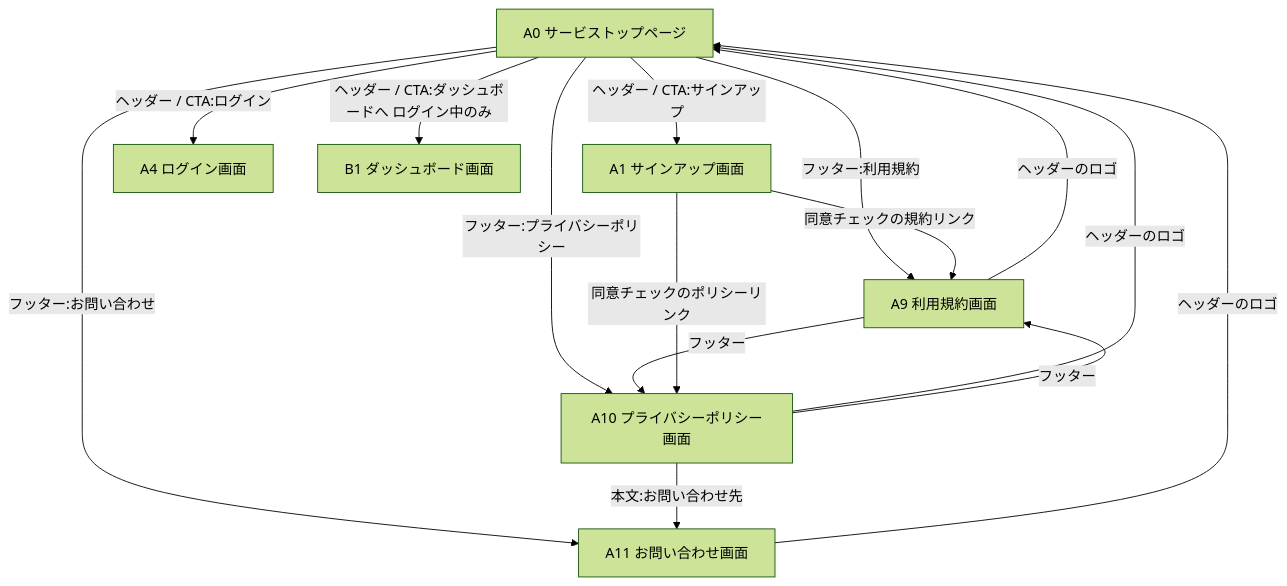
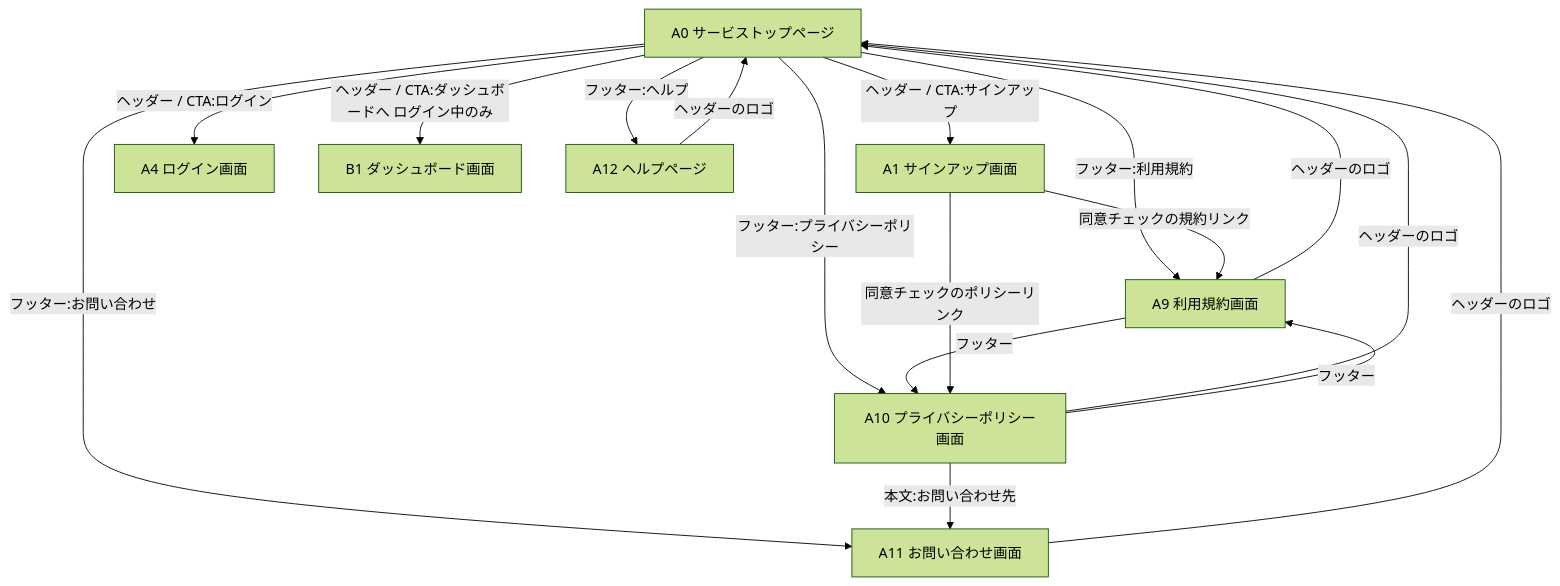
One commit to KunitoObara/FIRE_FIRE changed the fourth of 4 diagrams in docs/screen-list-and-transitions.md. Above: the diagram before and after it, drawn with Mermaid (forest theme). The commit also changed other lines of this file and 10 other files, not shown here.

````diff
--- a/docs/screen-list-and-transitions.md
+++ b/docs/screen-list-and-transitions.md
@@ -273,20 +274,22 @@
 ```mermaid
 flowchart TD
     Top[A0 サービストップページ]
     Top -->|ヘッダー / CTA:サインアップ| Signup[A1 サインアップ画面]
     Top -->|ヘッダー / CTA:ログイン| Login[A4 ログイン画面]
     Top -->|ヘッダー / CTA:ダッシュボードへ ログイン中のみ| Dashboard[B1 ダッシュボード画面]
     Top -->|フッター:利用規約| Terms[A9 利用規約画面]
     Top -->|フッター:プライバシーポリシー| Privacy[A10 プライバシーポリシー画面]
+    Top -->|フッター:ヘルプ| Help[A12 ヘルプページ]
     Top -->|フッター:お問い合わせ| Contact[A11 お問い合わせ画面]
 
     Terms -->|ヘッダーのロゴ| Top
     Privacy -->|ヘッダーのロゴ| Top
+    Help -->|ヘッダーのロゴ| Top
     Contact -->|ヘッダーのロゴ| Top
     Terms -->|フッター| Privacy
     Privacy -->|フッター| Terms
     Privacy -->|本文:お問い合わせ先| Contact
 
     Signup -->|同意チェックの規約リンク| Terms
     Signup -->|同意チェックのポリシーリンク| Privacy
 ```
````
